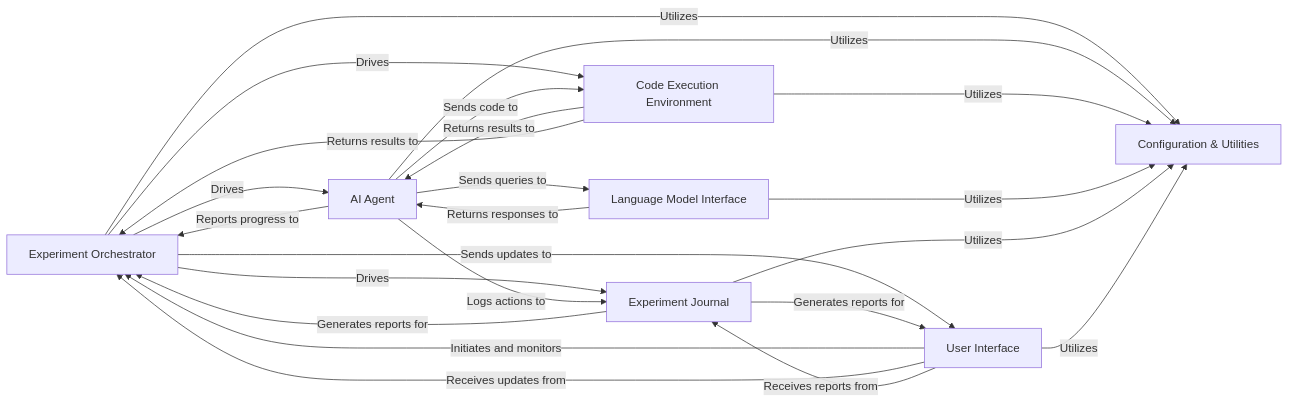
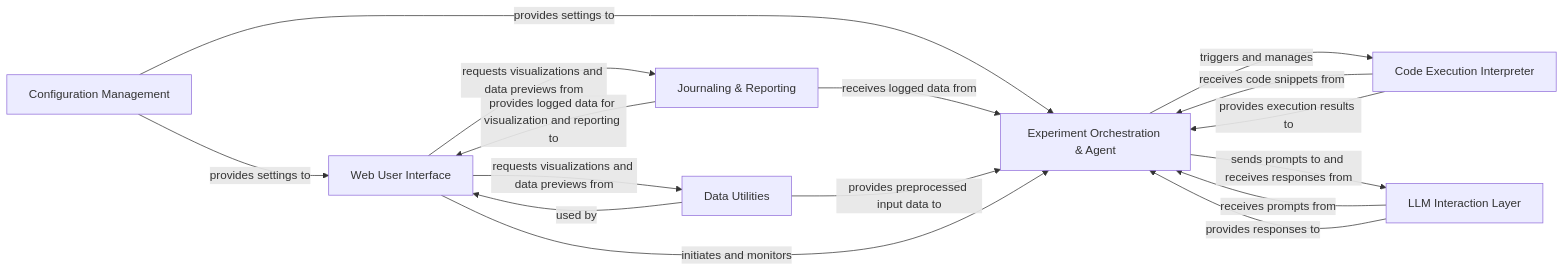
One commit to CodeBoarding/GeneratedOnBoardings changed the diagram in aideml/on_boarding.md. Above: the diagram before and after it, drawn with Mermaid. The commit also changed other lines of this file and 13 other files, not shown here.

````diff
--- a/aideml/on_boarding.md
+++ b/aideml/on_boarding.md
@@ -1,39 +1,31 @@
 ```mermaid
 graph LR
-    Experiment_Orchestrator["Experiment Orchestrator"]
-    AI_Agent["AI Agent"]
-    Code_Execution_Environment["Code Execution Environment"]
-    Language_Model_Interface["Language Model Interface"]
-    Experiment_Journal["Experiment Journal"]
-    User_Interface["User Interface"]
-    Configuration_Utilities["Configuration & Utilities"]
-    Experiment_Orchestrator -- "Drives" --> AI_Agent
-    Experiment_Orchestrator -- "Drives" --> Code_Execution_Environment
-    Experiment_Orchestrator -- "Drives" --> Experiment_Journal
-    Experiment_Orchestrator -- "Sends updates to" --> User_Interface
-    AI_Agent -- "Sends queries to" --> Language_Model_Interface
-    AI_Agent -- "Sends code to" --> Code_Execution_Environment
-    AI_Agent -- "Reports progress to" --> Experiment_Orchestrator
-    AI_Agent -- "Logs actions to" --> Experiment_Journal
-    Code_Execution_Environment -- "Returns results to" --> AI_Agent
-    Code_Execution_Environment -- "Returns results to" --> Experiment_Orchestrator
-    Language_Model_Interface -- "Returns responses to" --> AI_Agent
-    Experiment_Journal -- "Generates reports for" --> Experiment_Orchestrator
-    Experiment_Journal -- "Generates reports for" --> User_Interface
-    User_Interface -- "Initiates and monitors" --> Experiment_Orchestrator
-    User_Interface -- "Receives updates from" --> Experiment_Orchestrator
-    User_Interface -- "Receives reports from" --> Experiment_Journal
-    Experiment_Orchestrator -- "Utilizes" --> Configuration_Utilities
-    AI_Agent -- "Utilizes" --> Configuration_Utilities
-    Code_Execution_Environment -- "Utilizes" --> Configuration_Utilities
-    Language_Model_Interface -- "Utilizes" --> Configuration_Utilities
-    Experiment_Journal -- "Utilizes" --> Configuration_Utilities
-    User_Interface -- "Utilizes" --> Configuration_Utilities
-    click Experiment_Orchestrator href "https://github.com/CodeBoarding/GeneratedOnBoardings/blob/main//aideml/Experiment_Orchestrator.md" "Details"
-    click AI_Agent href "https://github.com/CodeBoarding/GeneratedOnBoardings/blob/main//aideml/AI_Agent.md" "Details"
-    click Code_Execution_Environment href "https://github.com/CodeBoarding/GeneratedOnBoardings/blob/main//aideml/Code_Execution_Environment.md" "Details"
-    click Language_Model_Interface href "https://github.com/CodeBoarding/GeneratedOnBoardings/blob/main//aideml/Language_Model_Interface.md" "Details"
-    click Experiment_Journal href "https://github.com/CodeBoarding/GeneratedOnBoardings/blob/main//aideml/Experiment_Journal.md" "Details"
-    click User_Interface href "https://github.com/CodeBoarding/GeneratedOnBoardings/blob/main//aideml/User_Interface.md" "Details"
-    click Configuration_Utilities href "https://github.com/CodeBoarding/GeneratedOnBoardings/blob/main//aideml/Configuration_Utilities.md" "Details"
+    Experiment_Orchestration_Agent["Experiment Orchestration & Agent"]
+    Code_Execution_Interpreter["Code Execution Interpreter"]
+    LLM_Interaction_Layer["LLM Interaction Layer"]
+    Configuration_Management["Configuration Management"]
+    Journaling_Reporting["Journaling & Reporting"]
+    Data_Utilities["Data Utilities"]
+    Web_User_Interface["Web User Interface"]
+    Experiment_Orchestration_Agent -- "triggers and manages" --> Code_Execution_Interpreter
+    Experiment_Orchestration_Agent -- "sends prompts to and receives responses from" --> LLM_Interaction_Layer
+    Code_Execution_Interpreter -- "receives code snippets from" --> Experiment_Orchestration_Agent
+    Code_Execution_Interpreter -- "provides execution results to" --> Experiment_Orchestration_Agent
+    LLM_Interaction_Layer -- "receives prompts from" --> Experiment_Orchestration_Agent
+    LLM_Interaction_Layer -- "provides responses to" --> Experiment_Orchestration_Agent
+    Configuration_Management -- "provides settings to" --> Experiment_Orchestration_Agent
+    Configuration_Management -- "provides settings to" --> Web_User_Interface
+    Journaling_Reporting -- "receives logged data from" --> Experiment_Orchestration_Agent
+    Journaling_Reporting -- "provides logged data for visualization and reporting to" --> Web_User_Interface
+    Data_Utilities -- "provides preprocessed input data to" --> Experiment_Orchestration_Agent
+    Data_Utilities -- "used by" --> Web_User_Interface
+    Web_User_Interface -- "initiates and monitors" --> Experiment_Orchestration_Agent
+    Web_User_Interface -- "requests visualizations and data previews from" --> Journaling_Reporting
+    Web_User_Interface -- "requests visualizations and data previews from" --> Data_Utilities
+    click Experiment_Orchestration_Agent href "https://github.com/CodeBoarding/GeneratedOnBoardings/blob/main//aideml/Experiment_Orchestration_Agent.md" "Details"
+    click Code_Execution_Interpreter href "https://github.com/CodeBoarding/GeneratedOnBoardings/blob/main//aideml/Code_Execution_Interpreter.md" "Details"
+    click LLM_Interaction_Layer href "https://github.com/CodeBoarding/GeneratedOnBoardings/blob/main//aideml/LLM_Interaction_Layer.md" "Details"
+    click Configuration_Management href "https://github.com/CodeBoarding/GeneratedOnBoardings/blob/main//aideml/Configuration_Management.md" "Details"
+    click Journaling_Reporting href "https://github.com/CodeBoarding/GeneratedOnBoardings/blob/main//aideml/Journaling_Reporting.md" "Details"
+    click Data_Utilities href "https://github.com/CodeBoarding/GeneratedOnBoardings/blob/main//aideml/Data_Utilities.md" "Details"
 ```
````
